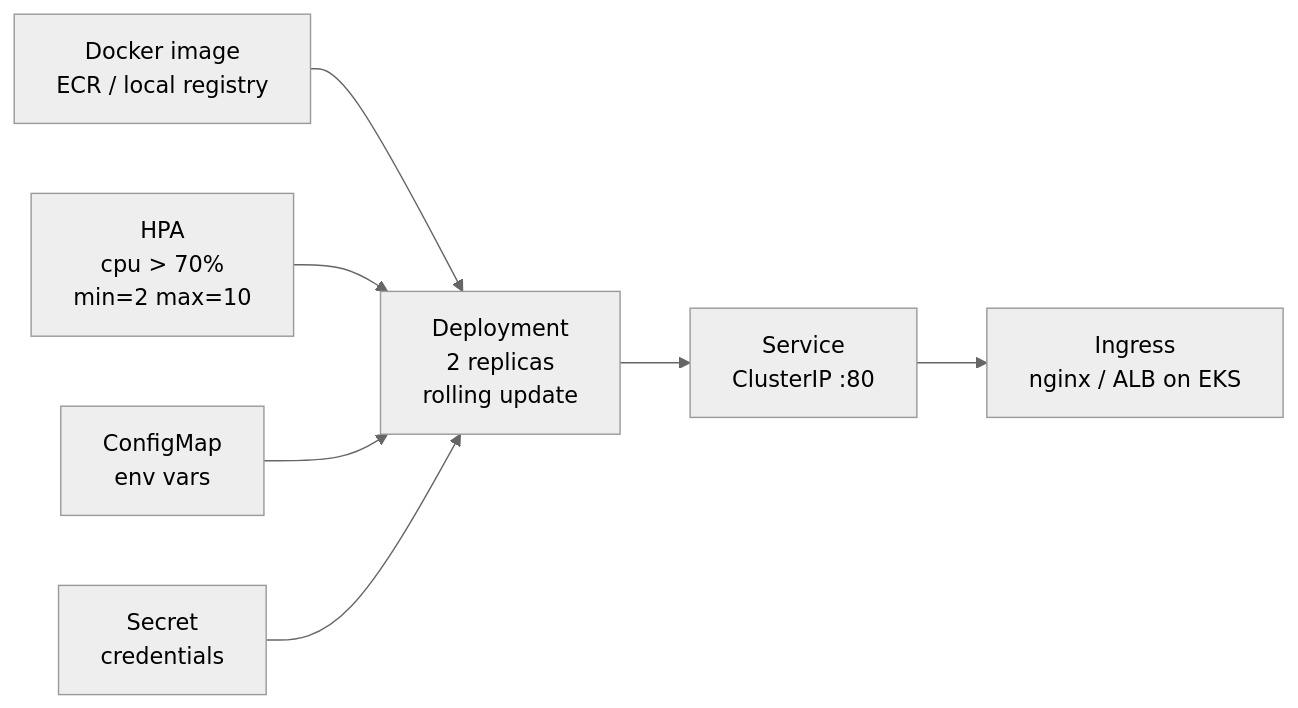
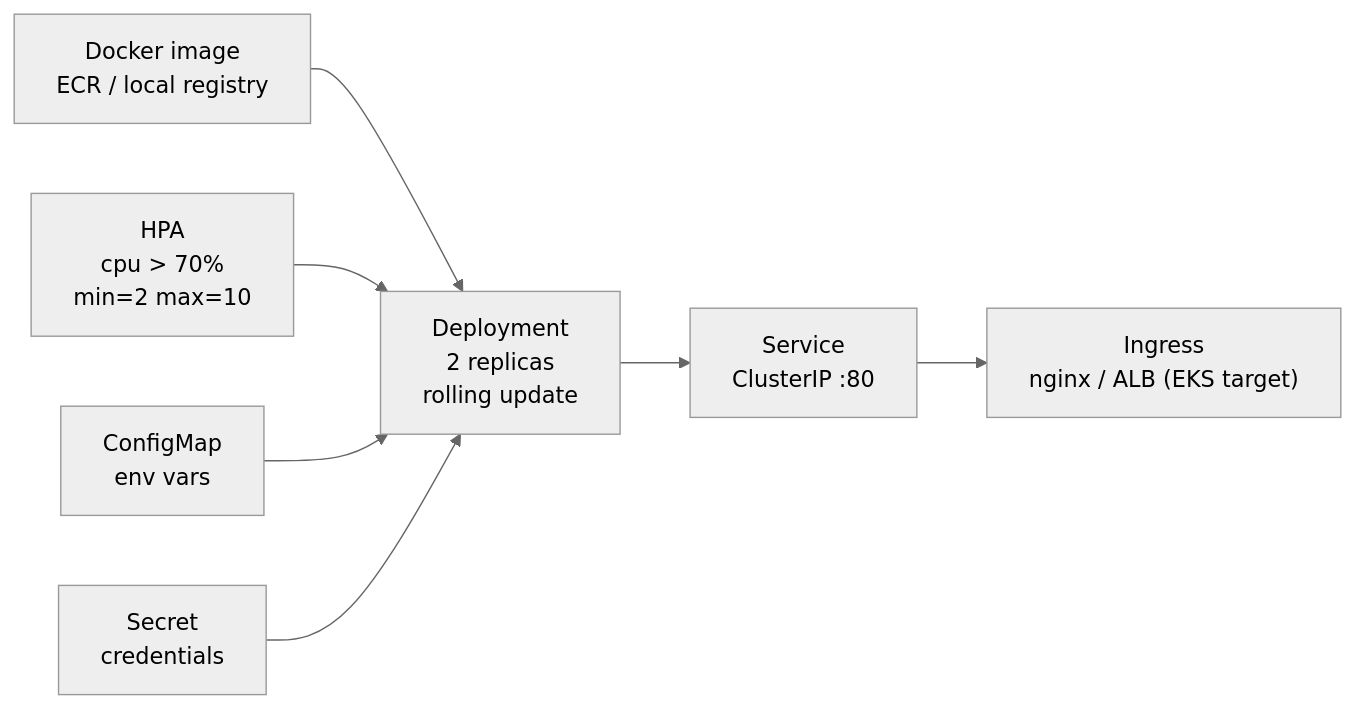
Before and after one commit to absshakeel/care-guide-devops: the second of 3 diagrams in README.md, drawn with Mermaid (neutral theme). The commit also changed other lines of this file, not shown here.

Commit message:
docs(readme): correct the remaining cluster references
The deployment path in this repository is a single EC2 instance driven by SSM, and the Kubernetes manifests were rehearsed on local minikube. Two lines still read as if production Terraform provisions an EKS cluster; they now describe the intended production target instead of the current stack.

````diff
--- a/README.md
+++ b/README.md
@@ -95,9 +95,9 @@
 ```mermaid
 flowchart LR
     image["Docker image\nECR / local registry"] --> deploy["Deployment\n2 replicas\nrolling update"]
     deploy --> svc["Service\nClusterIP :80"]
-    svc --> ingress["Ingress\nnginx / ALB on EKS"]
+    svc --> ingress["Ingress\nnginx / ALB (EKS target)"]
     hpa["HPA\ncpu > 70%\nmin=2 max=10"] --> deploy
     cm["ConfigMap\nenv vars"] --> deploy
     secret["Secret\ncredentials"] --> deploy
 ```
````
